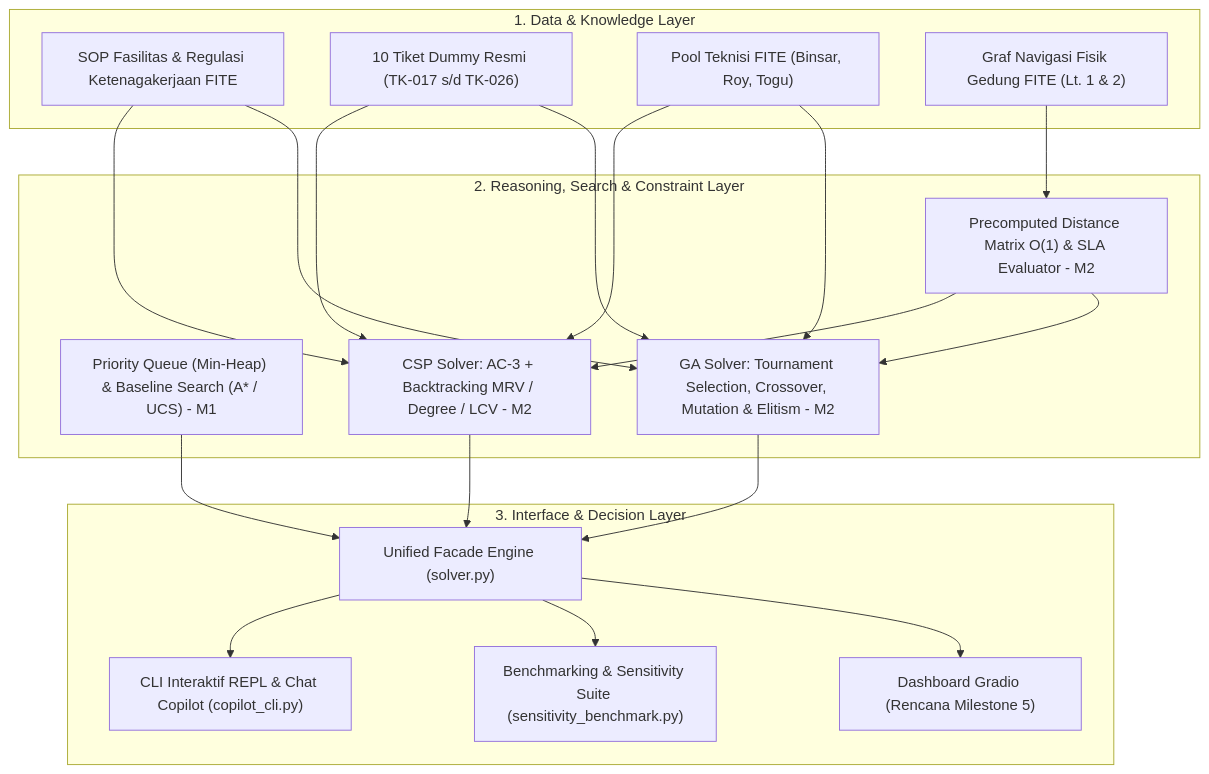
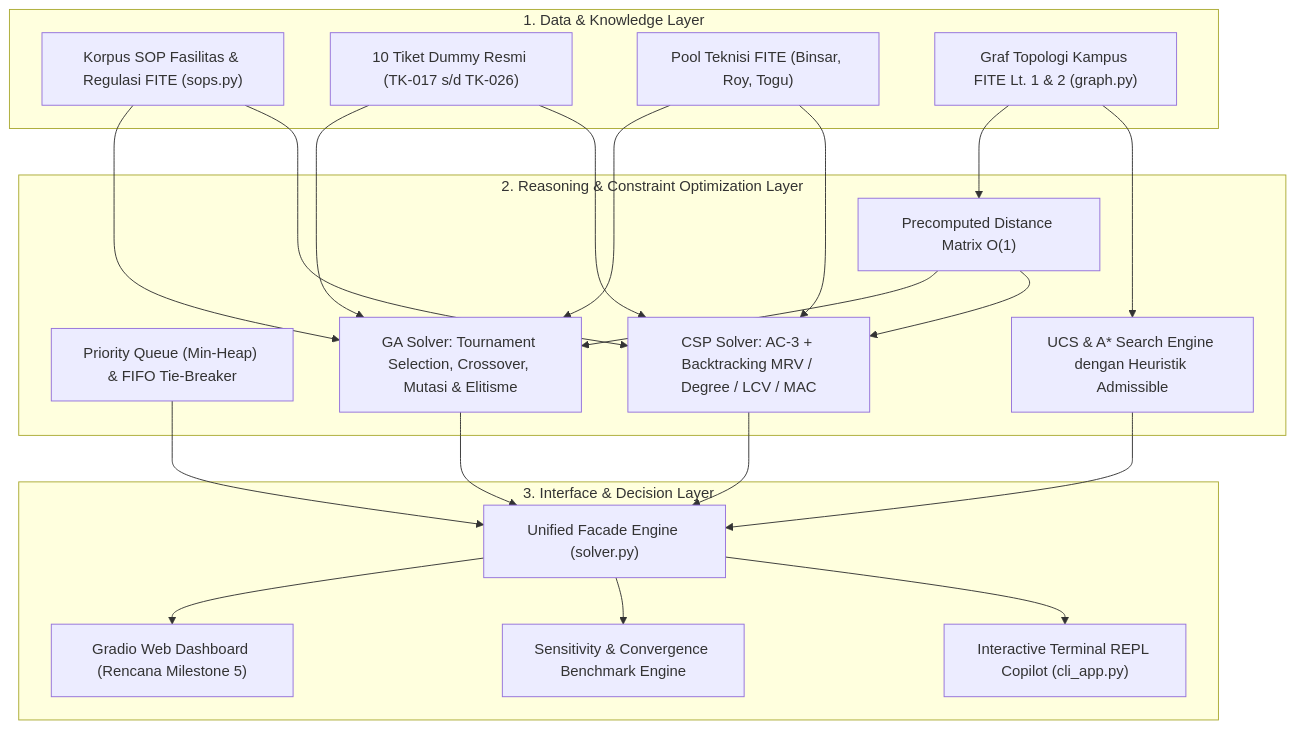
One commit to LucasPardede/Del-MaintOps-Copilot changed the diagram in README.md. Above: the diagram before and after it, drawn with Mermaid. The commit also changed other lines of this file and 31 other files, not shown here.

Commit message:
refactor: restructure project hierarchy, unify M1 and M2 architectures, and generate combined formal report

````diff
--- a/README.md
+++ b/README.md
@@ -17,39 +17,42 @@
 ```mermaid
 flowchart TB
     subgraph L1["1. Data & Knowledge Layer"]
-        A1["SOP Fasilitas & Regulasi Ketenagakerjaan FITE"]
+        A1["Korpus SOP Fasilitas & Regulasi FITE (sops.py)"]
         A2["10 Tiket Dummy Resmi (TK-017 s/d TK-026)"]
         A3["Pool Teknisi FITE (Binsar, Roy, Togu)"]
-        A4["Graf Navigasi Fisik Gedung FITE (Lt. 1 & 2)"]
+        A4["Graf Topologi Kampus FITE Lt. 1 & 2 (graph.py)"]
     end
 
-    subgraph L2["2. Reasoning, Search & Constraint Layer"]
-        B1["Priority Queue (Min-Heap) & Baseline Search (A* / UCS) - M1"]
-        B2["CSP Solver: AC-3 + Backtracking MRV / Degree / LCV - M2"]
-        B3["GA Solver: Tournament Selection, Crossover, Mutation & Elitism - M2"]
-        B4["Precomputed Distance Matrix O(1) & SLA Evaluator - M2"]
+    subgraph L2["2. Reasoning & Constraint Optimization Layer"]
+        B1["Priority Queue (Min-Heap) & FIFO Tie-Breaker"]
+        B2["UCS & A* Search Engine dengan Heuristik Admissible"]
+        B3["CSP Solver: AC-3 + Backtracking MRV / Degree / LCV / MAC"]
+        B4["GA Solver: Tournament Selection, Crossover, Mutasi & Elitisme"]
+        B5["Precomputed Distance Matrix O(1)"]
     end
 
     subgraph L3["3. Interface & Decision Layer"]
         C1["Unified Facade Engine (solver.py)"]
-        C2["CLI Interaktif REPL & Chat Copilot (copilot_cli.py)"]
-        C3["Benchmarking & Sensitivity Suite (sensitivity_benchmark.py)"]
-        C4["Dashboard Gradio (Rencana Milestone 5)"]
+        C2["Interactive Terminal REPL Copilot (cli_app.py)"]
+        C3["Sensitivity & Convergence Benchmark Engine"]
+        C4["Gradio Web Dashboard (Rencana Milestone 5)"]
     end
 
-    A1 --> B2
     A1 --> B3
-    A2 --> B2
+    A1 --> B4
     A2 --> B3
-    A3 --> B2
+    A2 --> B4
     A3 --> B3
-    A4 --> B4
-    B4 --> B2
-    B4 --> B3
+    A3 --> B4
+    A4 --> B2
+    A4 --> B5
+    B5 --> B3
+    B5 --> B4
     B1 --> C1
     B2 --> C1
     B3 --> C1
+    B4 --> C1
     C1 --> C2
     C1 --> C3
     C1 --> C4
 ```
````
